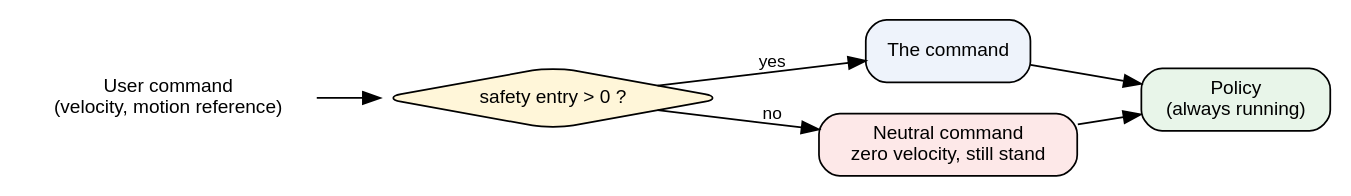
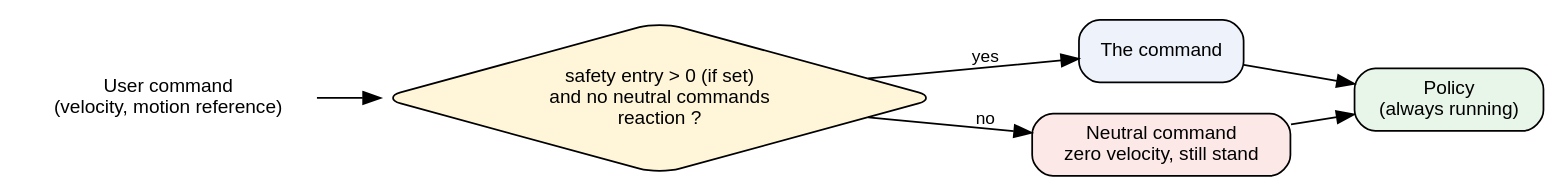
Before and after one commit to saikishor/ros2_policy_framework: the second of 3 diagrams in docs/safety.rst, drawn with Graphviz. The commit also changed other lines of this file and 6 other files, not shown here.

```diff
--- a/docs/safety.rst
+++ b/docs/safety.rst
@@ -98,17 +98,17 @@
 .. graphviz::
 
    digraph gate {
      rankdir=LR;
      node [shape=box, style="rounded,filled", fillcolor="#eef3fb", fontname="Helvetica", fontsize=11];
      edge [fontname="Helvetica", fontsize=10];
      user [label="User command\n(velocity, motion reference)", shape=plaintext, fillcolor=none];
-     gate [label="safety entry > 0 ?", shape=diamond, fillcolor="#fff6d9"];
+     gate [label="safety entry > 0 (if set)\nand no neutral commands\nreaction ?", shape=diamond, fillcolor="#fff6d9"];
      real [label="The command"];
      neutral [label="Neutral command\nzero velocity, still stand", fillcolor="#fde8e8"];
      policy [label="Policy\n(always running)", fillcolor="#e8f5e9"];
      user -> gate;
      gate -> real [label="yes"];
      gate -> neutral [label="no"];
      real -> policy;
      neutral -> policy;
    }
```
